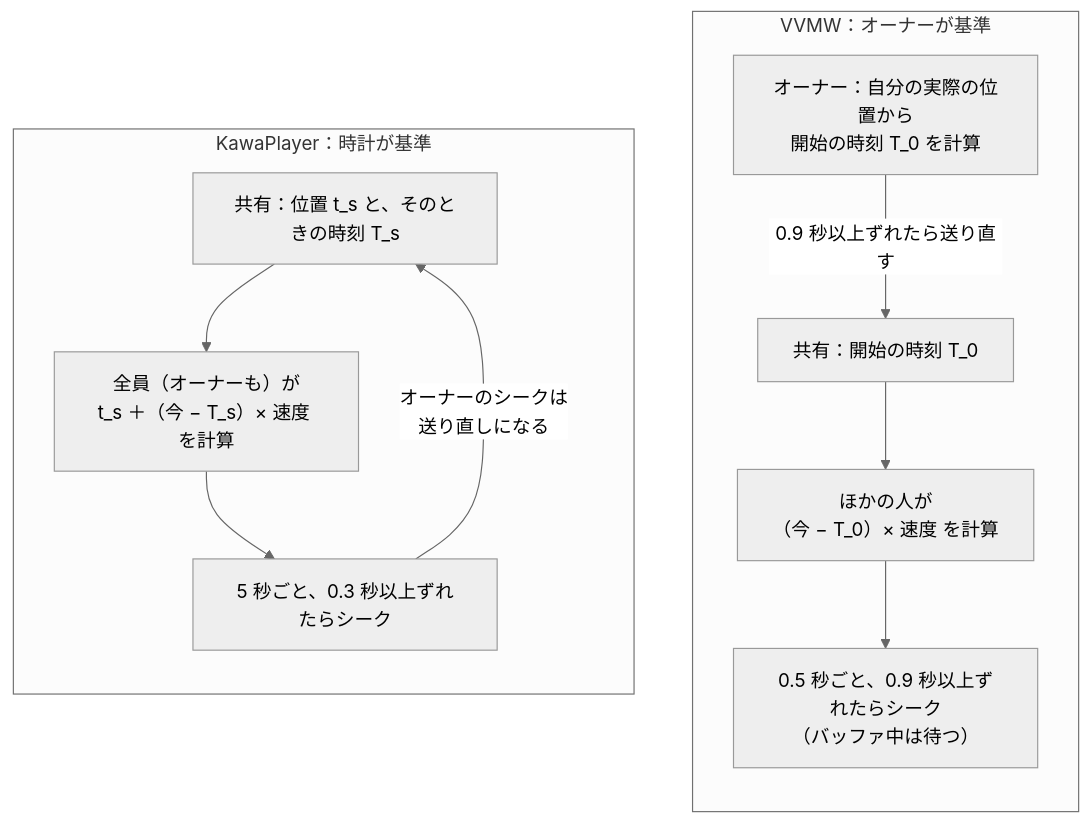
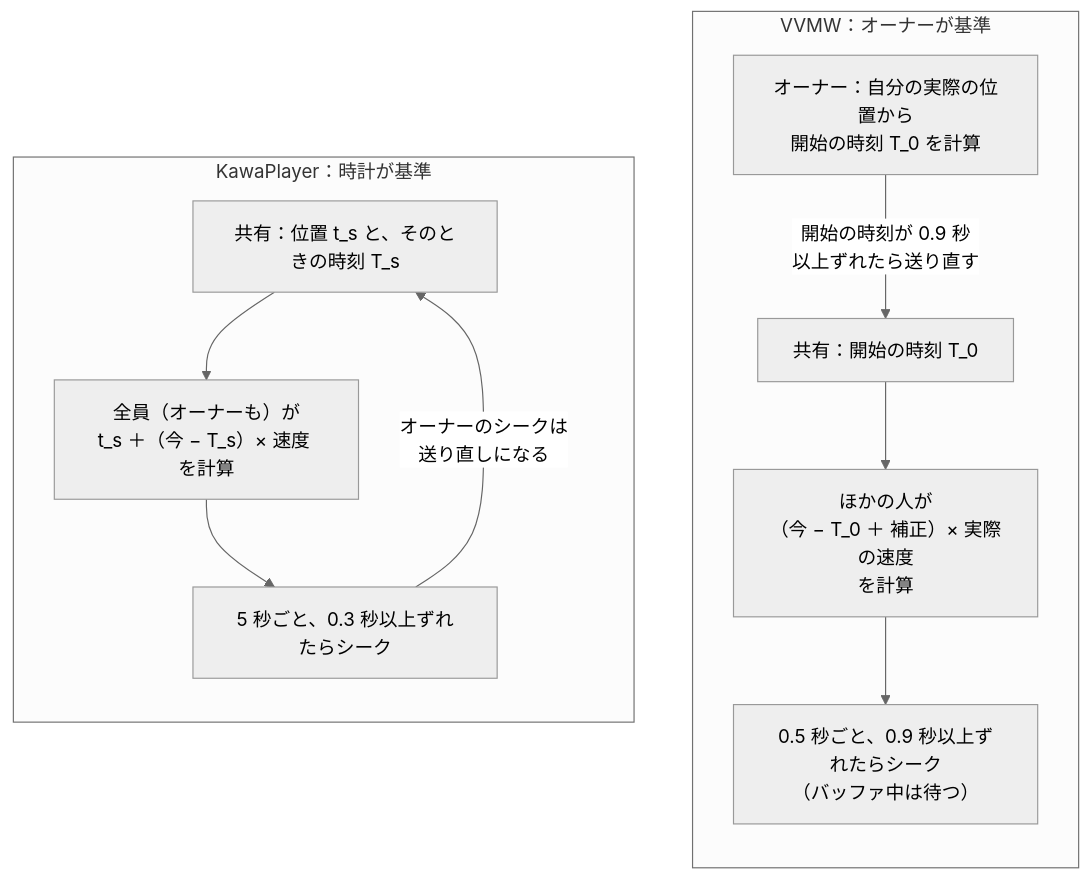
Before and after one commit to Mega-Gorilla/KawaPlayer: the fourth of 9 diagrams in docs/design/228-playback-sync/README.md, drawn with Mermaid (neutral theme). The commit also changed other lines of this file, not shown here.

````diff
--- a/docs/design/228-playback-sync/README.md
+++ b/docs/design/228-playback-sync/README.md
@@ -235,16 +235,16 @@
 ```mermaid
 flowchart LR
   subgraph K["KawaPlayer：時計が基準"]
     direction TB
     K1["共有：位置 t_s と、そのときの時刻 T_s"] --> K2["全員（オーナーも）が<br/>t_s ＋（今 − T_s）× 速度 を計算"]
     K2 --> K3["5 秒ごと、0.3 秒以上ずれたらシーク"]
     K3 -- "オーナーのシークは<br/>送り直しになる" --> K1
   end
   subgraph V["VVMW：オーナーが基準"]
     direction TB
-    V4["オーナー：自分の実際の位置から<br/>開始の時刻 T_0 を計算"] -- "0.9 秒以上ずれたら送り直す" --> V1["共有：開始の時刻 T_0"]
-    V1 --> V2["ほかの人が<br/>（今 − T_0）× 速度 を計算"]
+    V4["オーナー：自分の実際の位置から<br/>開始の時刻 T_0 を計算"] -- "開始の時刻が 0.9 秒<br/>以上ずれたら送り直す" --> V1["共有：開始の時刻 T_0"]
+    V1 --> V2["ほかの人が<br/>（今 − T_0 ＋ 補正）× 実際の速度<br/>を計算"]
     V2 --> V3["0.5 秒ごと、0.9 秒以上ずれたらシーク<br/>（バッファ中は待つ）"]
   end
   K ~~~ V
 ```
````
